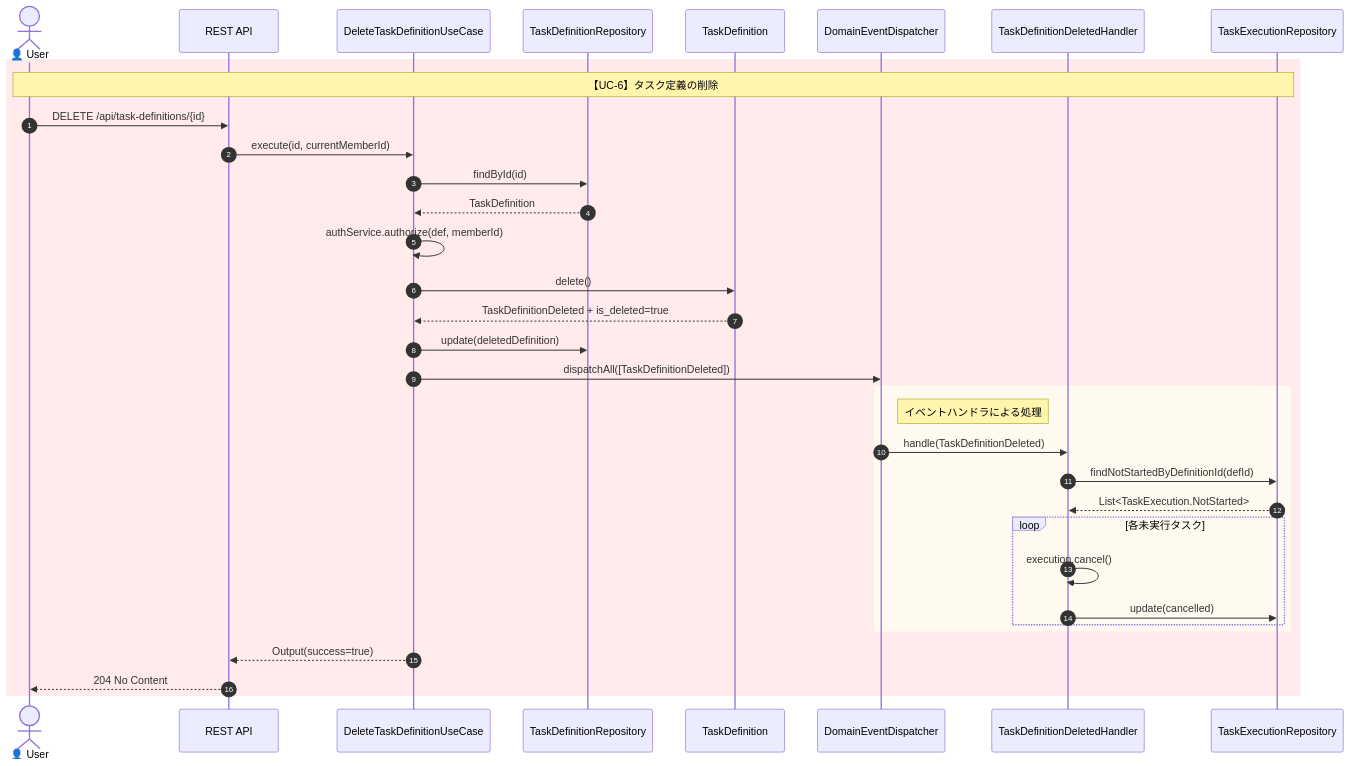
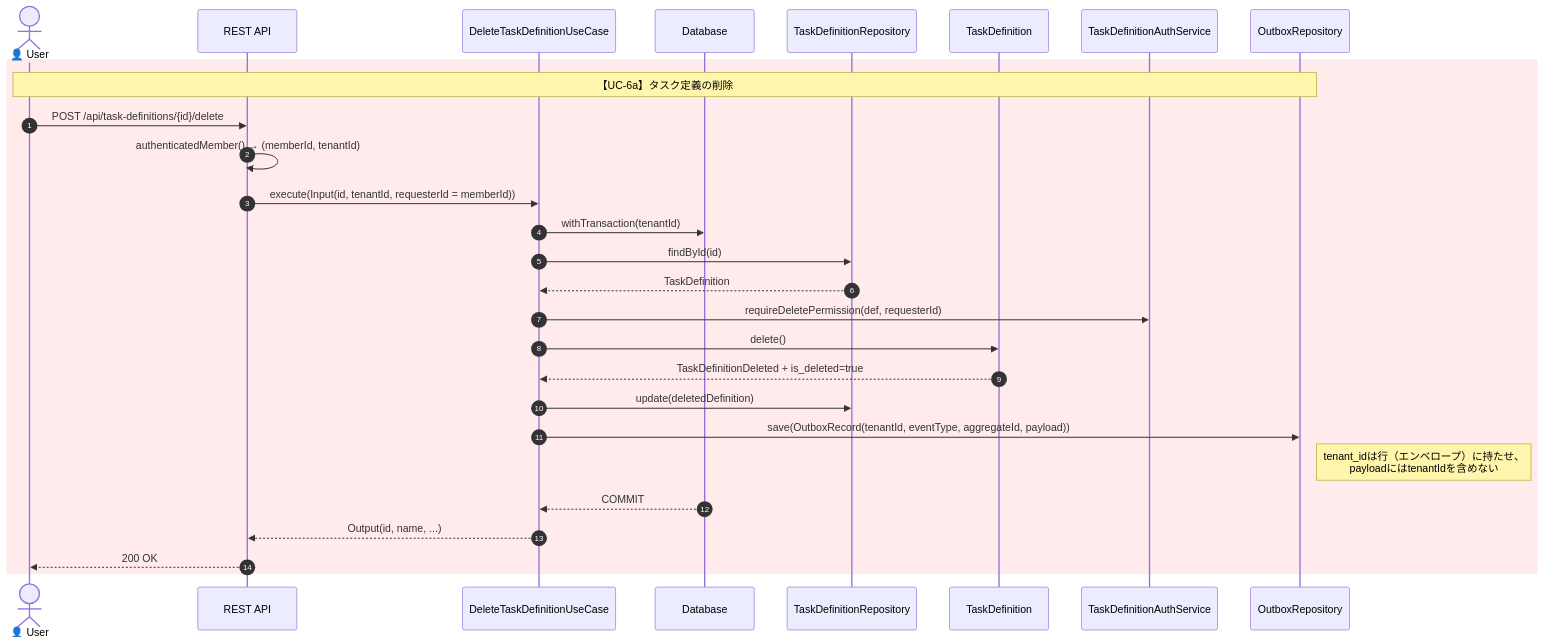
Before and after one commit to kotetsu1225/housework: the ninth of 13 diagrams in doc/sequence-diagram.md, drawn with Mermaid. The commit also changed other lines of this file and 3 other files, not shown here.

First line of the commit message:
docs: #68 最終確認(シーケンス図・ディレクトリ構成を実装に合わせ、README の古い API 例を修正)

````diff
--- a/doc/sequence-diagram.md
+++ b/doc/sequence-diagram.md
@@ -295,48 +455,40 @@
 ```mermaid
 sequenceDiagram
     autonumber
 
     actor User as 👤 User
     participant API as REST API
     participant UC as DeleteTaskDefinitionUseCase
+    participant DB as Database
     participant DefRepo as TaskDefinitionRepository
     participant Def as TaskDefinition
-    participant Disp as DomainEventDispatcher
-    participant Handler as TaskDefinitionDeletedHandler
-    participant ExecRepo as TaskExecutionRepository
+    participant Auth as TaskDefinitionAuthService
+    participant Outbox as OutboxRepository
 
     rect rgb(255, 235, 235)
-        note over User, ExecRepo: 【UC-6】タスク定義の削除
+        note over User, Outbox: 【UC-6a】タスク定義の削除
 
-        User->>API: DELETE /api/task-definitions/{id}
-        API->>UC: execute(id, currentMemberId)
+        User->>API: POST /api/task-definitions/{id}/delete
+        API->>API: authenticatedMember() → (memberId, tenantId)
+        API->>UC: execute(Input(id, tenantId, requesterId = memberId))
+
+        UC->>DB: withTransaction(tenantId)
 
         UC->>DefRepo: findById(id)
         DefRepo-->>UC: TaskDefinition
 
-        UC->>UC: authService.authorize(def, memberId)
+        UC->>Auth: requireDeletePermission(def, requesterId)
 
         UC->>Def: delete()
         Def-->>UC: TaskDefinitionDeleted + is_deleted=true
 
         UC->>DefRepo: update(deletedDefinition)
 
-        UC->>Disp: dispatchAll([TaskDefinitionDeleted])
+        UC->>Outbox: save(OutboxRecord(tenantId, eventType, aggregateId, payload))
+        note right of Outbox: tenant_idは行（エンベロープ）に持たせ、<br/>payloadにはtenantIdを含めない
 
-        rect rgb(255, 250, 240)
-            note right of Disp: イベントハンドラによる処理
-            Disp->>Handler: handle(TaskDefinitionDeleted)
-
-            Handler->>ExecRepo: findNotStartedByDefinitionId(defId)
-            ExecRepo-->>Handler: List<TaskExecution.NotStarted>
-
-            loop 各未実行タスク
-                Handler->>Handler: execution.cancel()
-                Handler->>ExecRepo: update(cancelled)
-            end
-        end
-
-        UC-->>API: Output(success=true)
-        API-->>User: 204 No Content
+        DB-->>UC: COMMIT
+        UC-->>API: Output(id, name, ...)
+        API-->>User: 200 OK
     end
 ```
````
